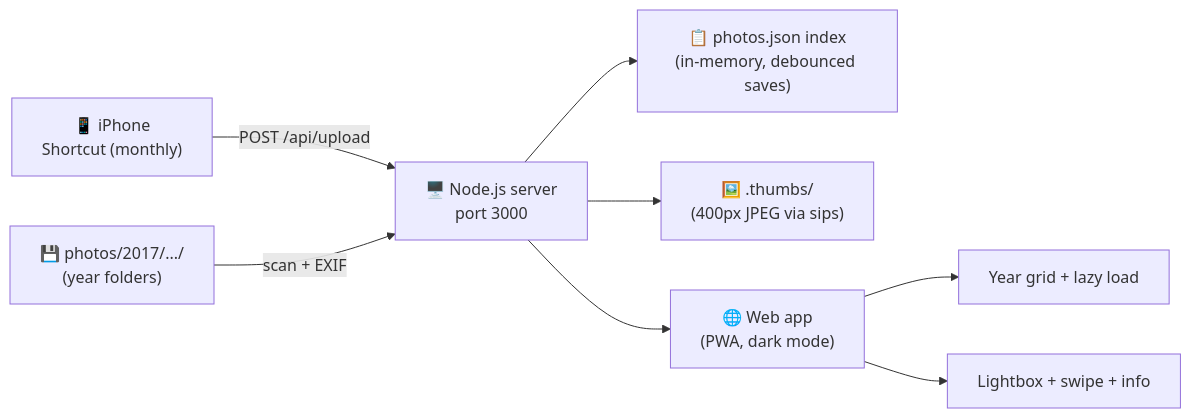
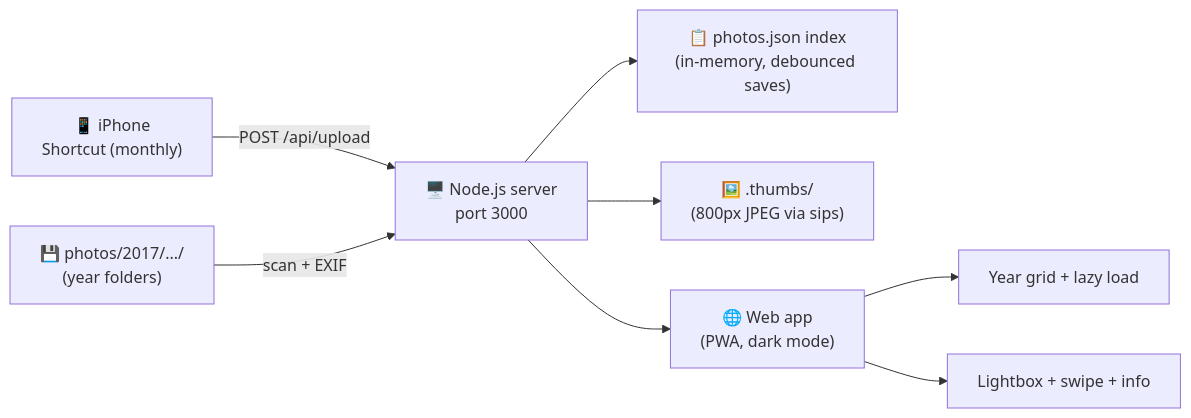
The first of 2 diagrams in README.md (rusuraluca/my-gallery), drawn with Mermaid before and after one commit. The commit also changed other lines of this file and 6 other files, not shown here.

````diff
--- a/README.md
+++ b/README.md
@@ -9,10 +9,10 @@
 ```mermaid
 flowchart LR
   iPhone["📱 iPhone<br/>Shortcut (monthly)"] -->|POST /api/upload| Server["🖥️ Node.js server<br/>port 3000"]
   Mac["💾 photos/2017/.../<br/>(year folders)"] -->|scan + EXIF| Server
   Server --> Index["📋 photos.json index<br/>(in-memory, debounced saves)"]
-  Server --> Thumbs["🖼️ .thumbs/<br/>(400px JPEG via sips)"]
+  Server --> Thumbs["🖼️ .thumbs/<br/>(800px JPEG via sips)"]
   Server --> Web["🌐 Web app<br/>(PWA, dark mode)"]
   Web --> Grid["Year grid + lazy load"]
   Web --> Lightbox["Lightbox + swipe + info"]
 ```
````
